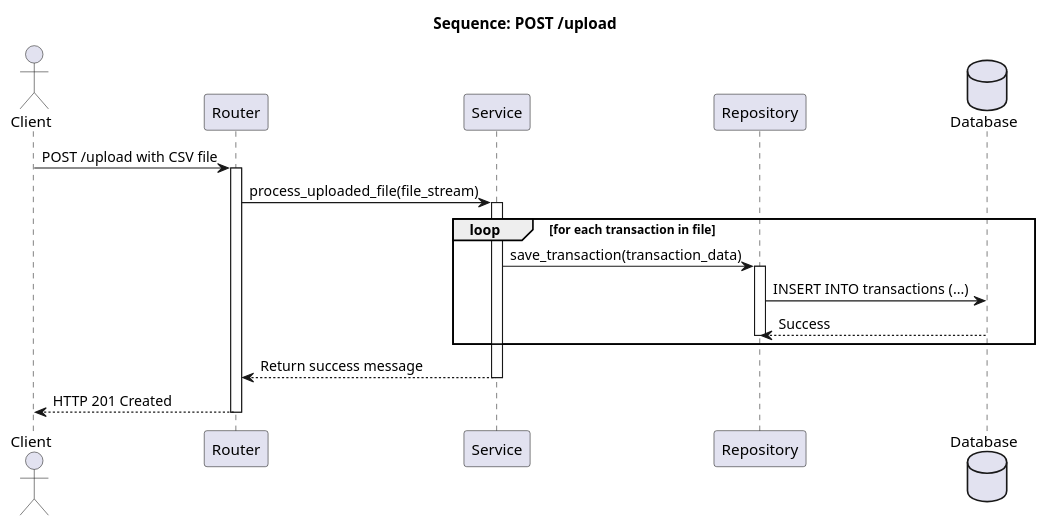
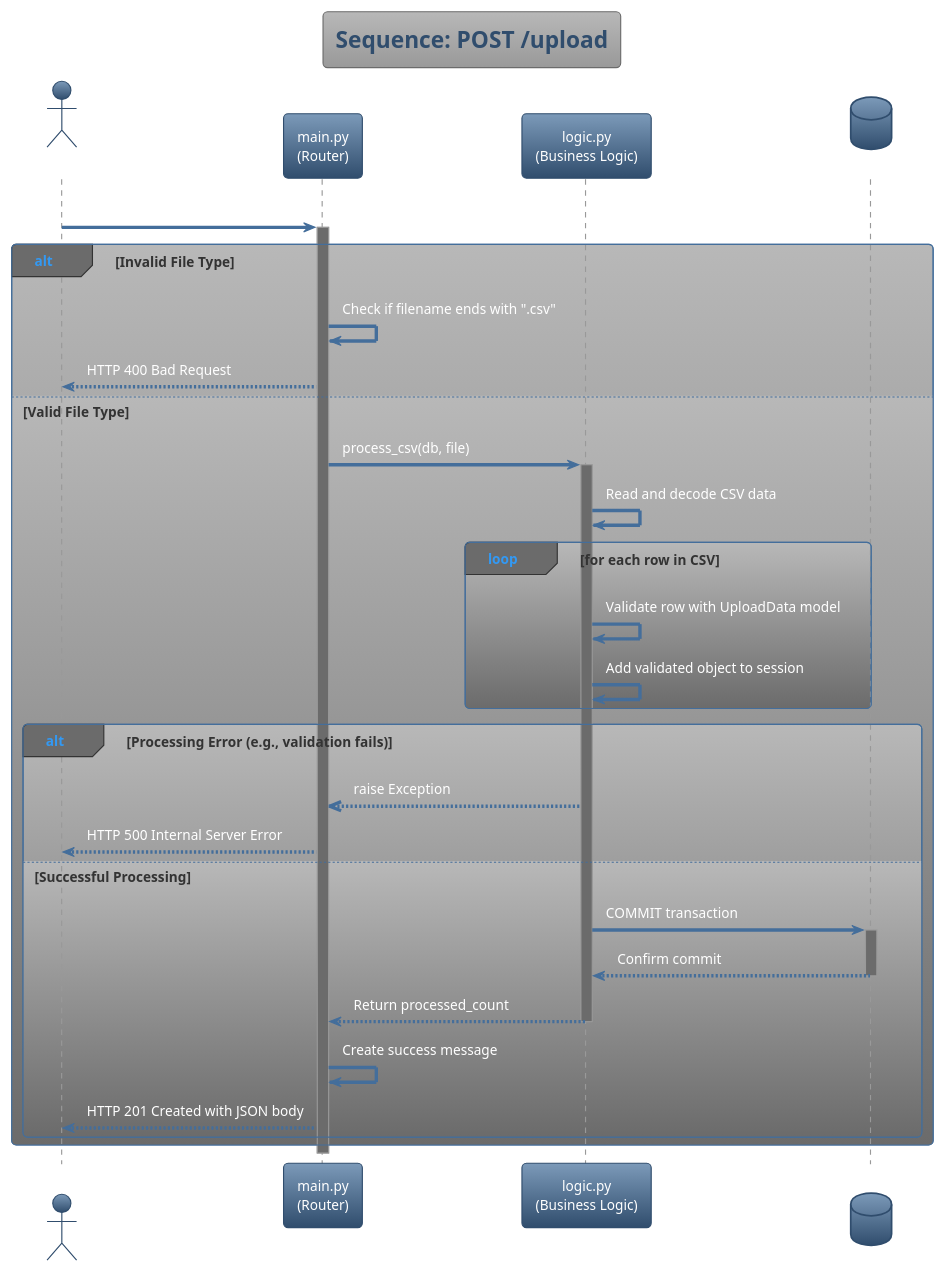
Before and after one commit to MirjalilovS/ClientAPI: the diagram in diagrams/upload_sequence.puml, drawn with PlantUML. The commit also changed 6 other files, not shown here.

Commit message:
Changed diagrams to match current architecture and added more details to the README. Still not completed yet.

```diff
--- a/diagrams/upload_sequence.puml
+++ b/diagrams/upload_sequence.puml
@@ -1,34 +1,44 @@
 @startuml UploadSequence
+!theme spacelab
 
 title Sequence: POST /upload
 
 actor Client
-participant Router
-participant Service
-participant Repository
-database Database
+participant "main.py\n(Router)" as Router
+participant "logic.py\n(Business Logic)" as Logic
+database "Database" as DB
 
 Client -> Router: POST /upload with CSV file
 activate Router
 
-Router -> Service: process_uploaded_file(file_stream)
-activate Service
+alt Invalid File Type
+    Router -> Router: Check if filename ends with ".csv"
+    Router --> Client: HTTP 400 Bad Request
+else Valid File Type
+    Router -> Logic: process_csv(db, file)
+    activate Logic
 
-' The service layer processes the file row-by-row
-loop for each transaction in file
-    Service -> Repository: save_transaction(transaction_data)
-    activate Repository
+    Logic -> Logic: Read and decode CSV data
+    loop for each row in CSV
+        Logic -> Logic: Validate row with UploadData model
+        Logic -> Logic: Add validated object to session
+    end
 
-    ' The repository layer performs the database insertion
-    Repository -> Database: INSERT INTO transactions (...)
-    Repository <-- Database: Success
-    deactivate Repository
+    alt Processing Error (e.g., validation fails)
+        Logic -->> Router: raise Exception
+        Router --> Client: HTTP 500 Internal Server Error
+    else Successful Processing
+        Logic -> DB: COMMIT transaction
+        activate DB
+        DB --> Logic: Confirm commit
+        deactivate DB
+        Logic --> Router: Return processed_count
+        deactivate Logic
+
+        Router -> Router: Create success message
+        Router --> Client: HTTP 201 Created with JSON body
+    end
 end
-
-Service --> Router: Return success message
-deactivate Service
-
-Router --> Client: HTTP 201 Created
 deactivate Router
 
 @enduml
```
